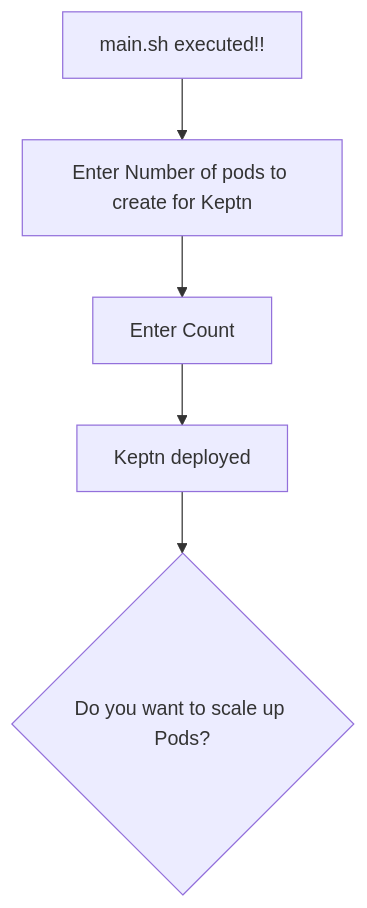
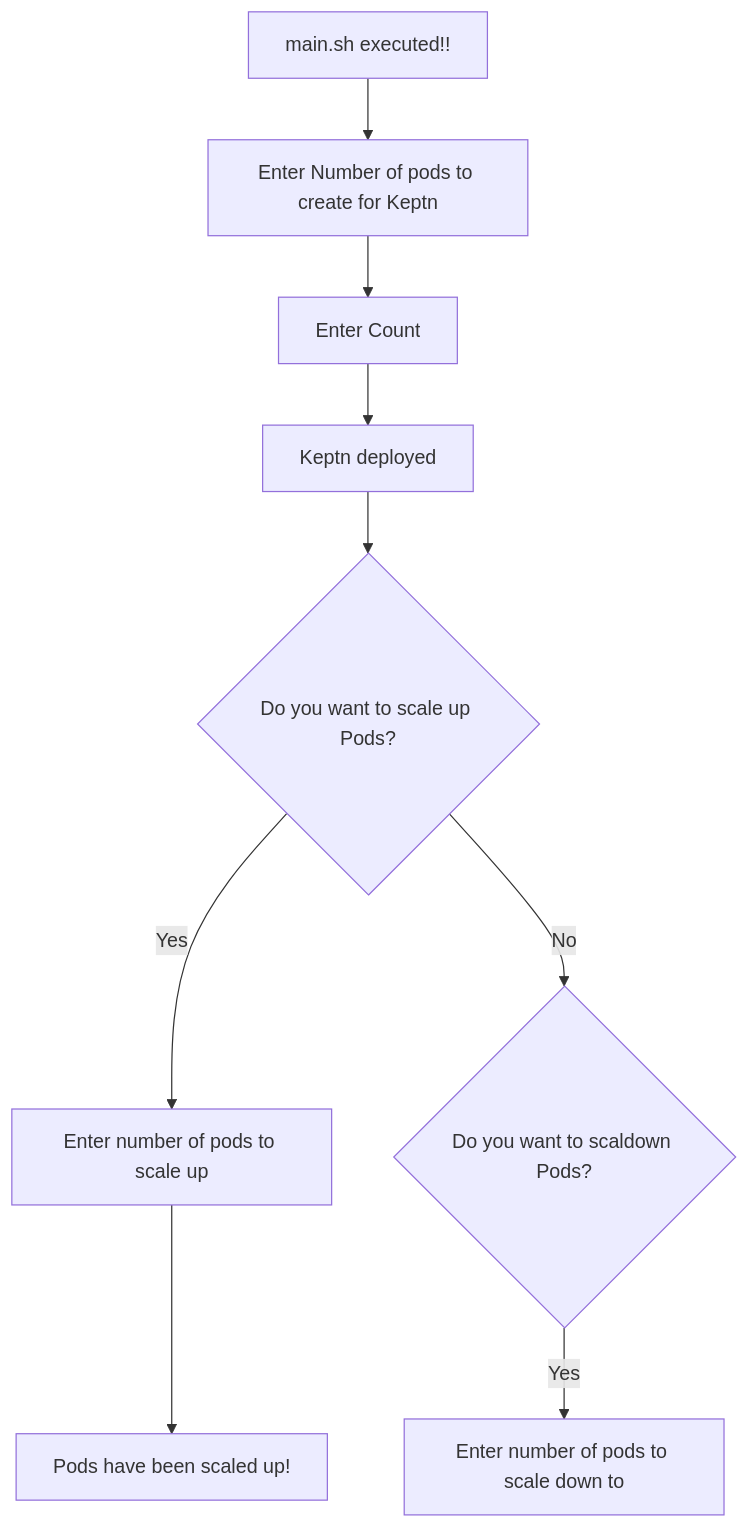
The diagram in README.md (NashTech-Labs/Deploy-Keptn-using-K8s), drawn with Mermaid before and after one commit.

Commit message:
Updated Template

````diff
--- a/README.md
+++ b/README.md
@@ -38,8 +38,14 @@
 ```mermaid
 flowchart TD
     A[main.sh executed!!];
     A --> B[Enter Number of pods to create for Keptn];
     B --> C[Enter Count];
     C --> D[Keptn deployed];
     D --> E{Do you want to scale up Pods?};
+    E -- Yes --> F[Enter number of pods to scale up];
+    F --> G[Pods have been scaled up!]
+    E -- No --> H{Do you want to scaldown Pods?};
+    H -- Yes --> I[Enter number of pods to scale down to];
+    
+
 ```
````
